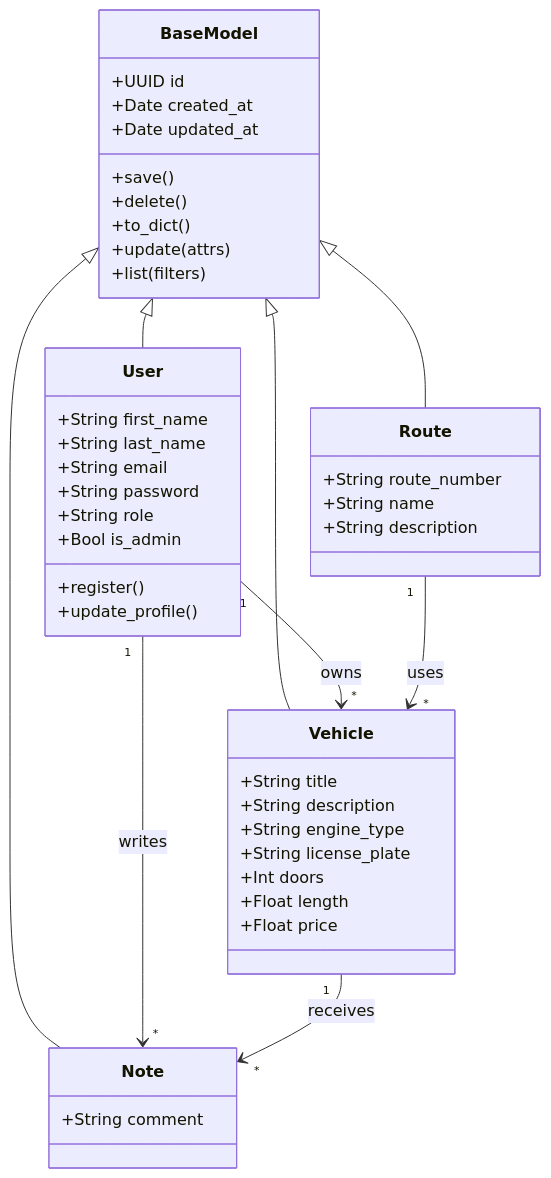
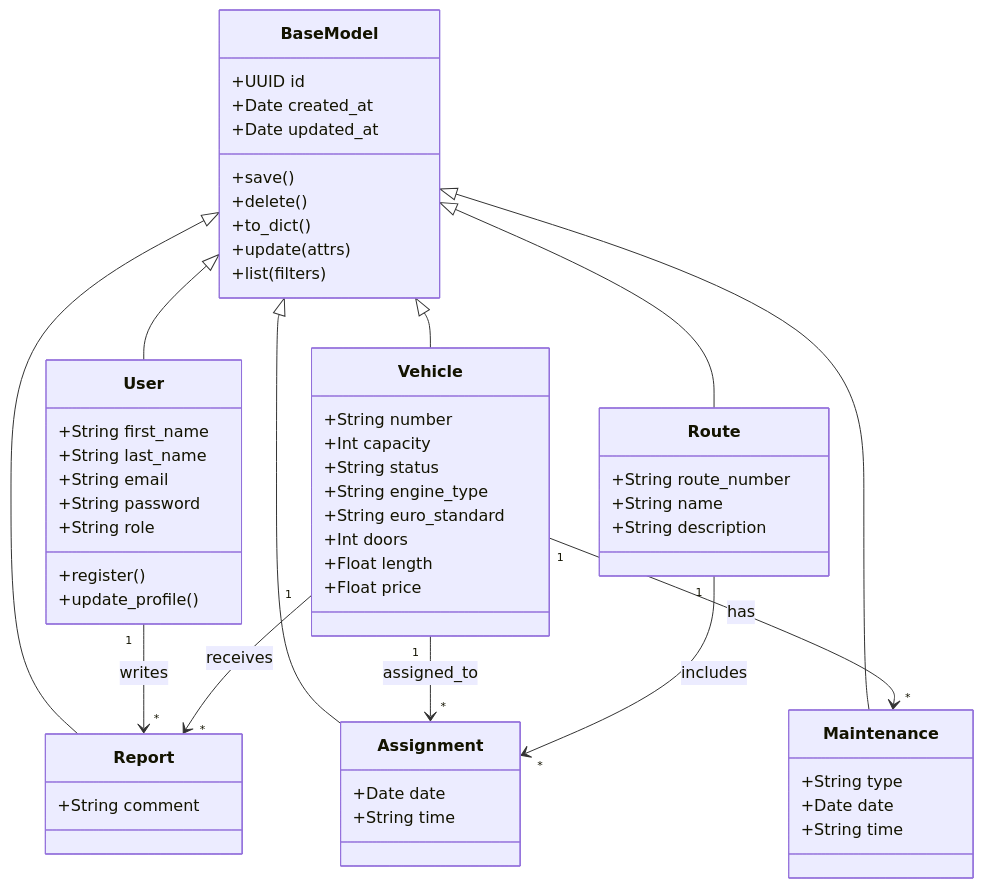
The second of 10 diagrams in README.md (Bary-G/portfolio-project_bus-fleet-management), drawn with Mermaid before and after one commit. The commit also changed other lines of this file, not shown here.

````diff
--- a/README.md
+++ b/README.md
@@ -47,49 +50,71 @@
 ```mermaid
 classDiagram
 class BaseModel {
-+UUID id
-+Date created_at
-+Date updated_at
-+save()
-+delete()
-+to_dict()
-+update(attrs)
-+list(filters)
+    +UUID id
+    +Date created_at
+    +Date updated_at
+    +save()
+    +delete()
+    +to_dict()
+    +update(attrs)
+    +list(filters)
 }
+
 class User {
-+String first_name
-+String last_name
-+String email
-+String password
-+String role
-+Bool is_admin
-+register()
-+update_profile()
+    +String first_name
+    +String last_name
+    +String email
+    +String password
+    +String role
+    +register()
+    +update_profile()
 }
+
 class Vehicle {
-+String title
-+String description
-+String engine_type
-+String license_plate
-+Int doors
-+Float length
-+Float price
+    +String number
+    +Int capacity
+    +String status
+    +String engine_type
+    +String euro_standard
+    +Int doors
+    +Float length
+    +Float price
 }
-class Note {
-+String comment
+
+class Report {
+    +String comment
 }
+
 class Route {
-+String route_number
-+String name
-+String description
+    +String route_number
+    +String name
+    +String description
 }
+
+class Assignment {
+    +Date date
+    +String time
+}
+
+class Maintenance {
+    +String type
+    +Date date
+    +String time
+}
+
 BaseModel <|-- User
 BaseModel <|-- Vehicle
-BaseModel <|-- Note
+BaseModel <|-- Report
 BaseModel <|-- Route
-User "1" --> "*" Vehicle : owns
-User "1" --> "*" Note : writes
-Vehicle "1" --> "*" Note : receives
-Route "1" --> "*" Vehicle : uses
+BaseModel <|-- Assignment
+BaseModel <|-- Maintenance
+
+User "1" --> "*" Report : writes
+Vehicle "1" --> "*" Report : receives
+
+Vehicle "1" --> "*" Assignment : assigned_to
+Route "1" --> "*" Assignment : includes
+
+Vehicle "1" --> "*" Maintenance : has
 
 ```
````
